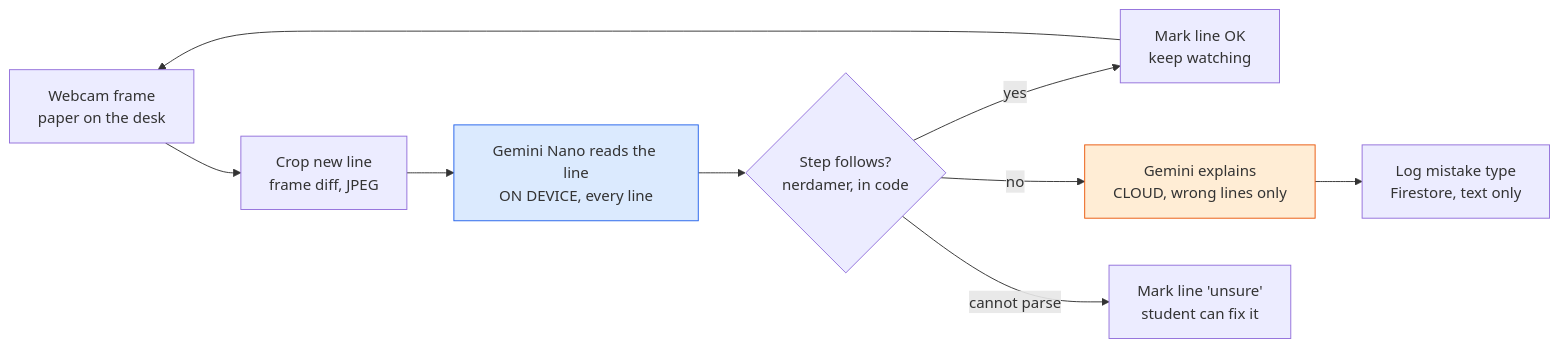
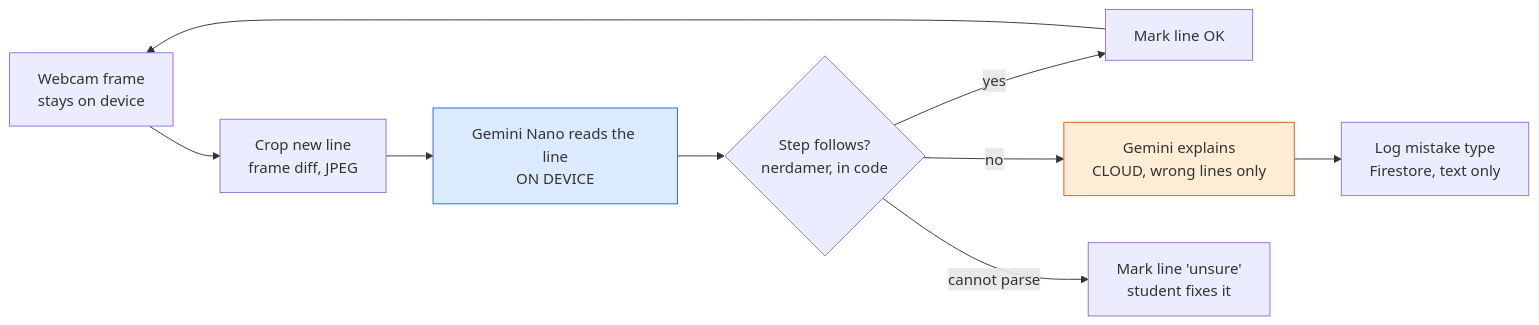
Before and after one commit to DB00708/rough-work: the diagram in README.md, drawn with Mermaid. The commit also changed other lines of this file and 3 other files, not shown here.

````diff
--- a/README.md
+++ b/README.md
@@ -15,14 +19,14 @@
 ```mermaid
 flowchart LR
-    A[Webcam frame<br/>paper on the desk] --> B[Crop new line<br/>frame diff, JPEG]
-    B --> C[Gemini Nano reads the line<br/>ON DEVICE, every line]
+    A[Webcam frame<br/>stays on device] --> B[Crop new line<br/>frame diff, JPEG]
+    B --> C[Gemini Nano reads the line<br/>ON DEVICE]
     C --> D{Step follows?<br/>nerdamer, in code}
-    D -- yes --> E[Mark line OK<br/>keep watching]
+    D -- yes --> E[Mark line OK]
     E --> A
     D -- no --> F[Gemini explains<br/>CLOUD, wrong lines only]
     F --> G[Log mistake type<br/>Firestore, text only]
-    D -- cannot parse --> H[Mark line 'unsure'<br/>student can fix it]
+    D -- cannot parse --> H[Mark line 'unsure'<br/>student fixes it]
 
     style C fill:#dbeafe,stroke:#2563eb
     style F fill:#ffedd5,stroke:#ea580c
 ```
````
